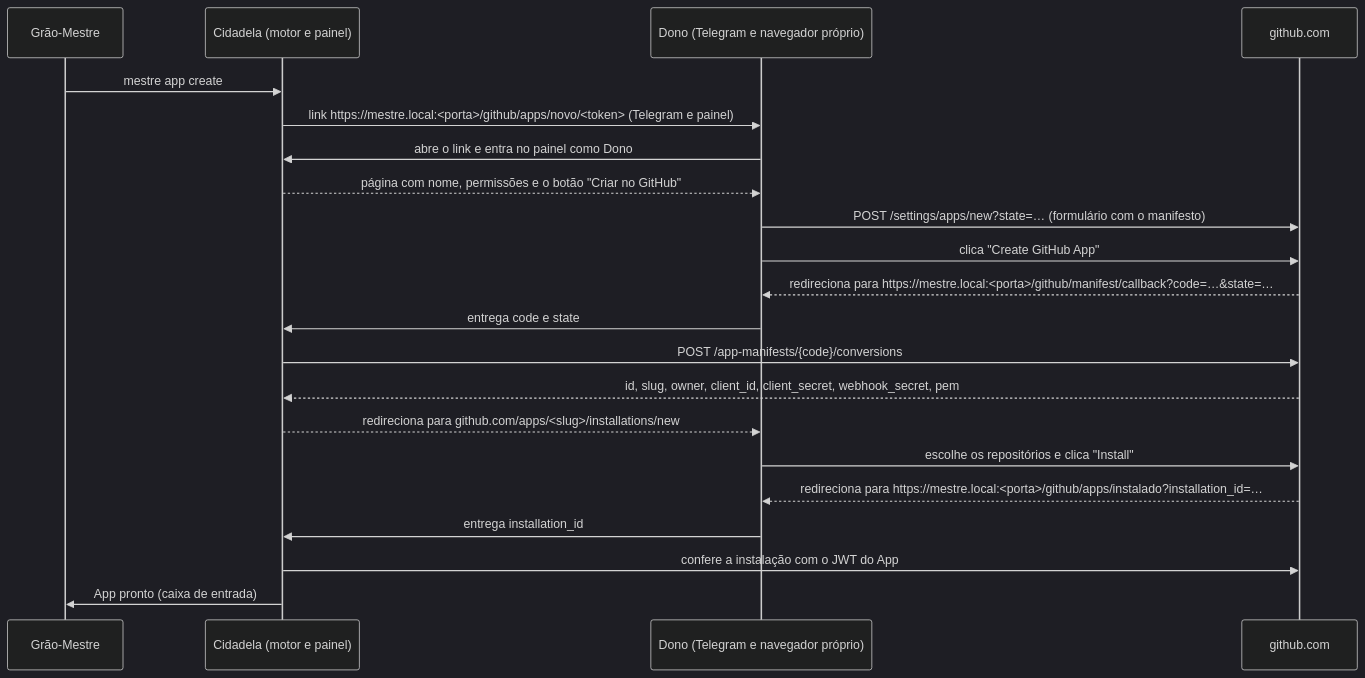
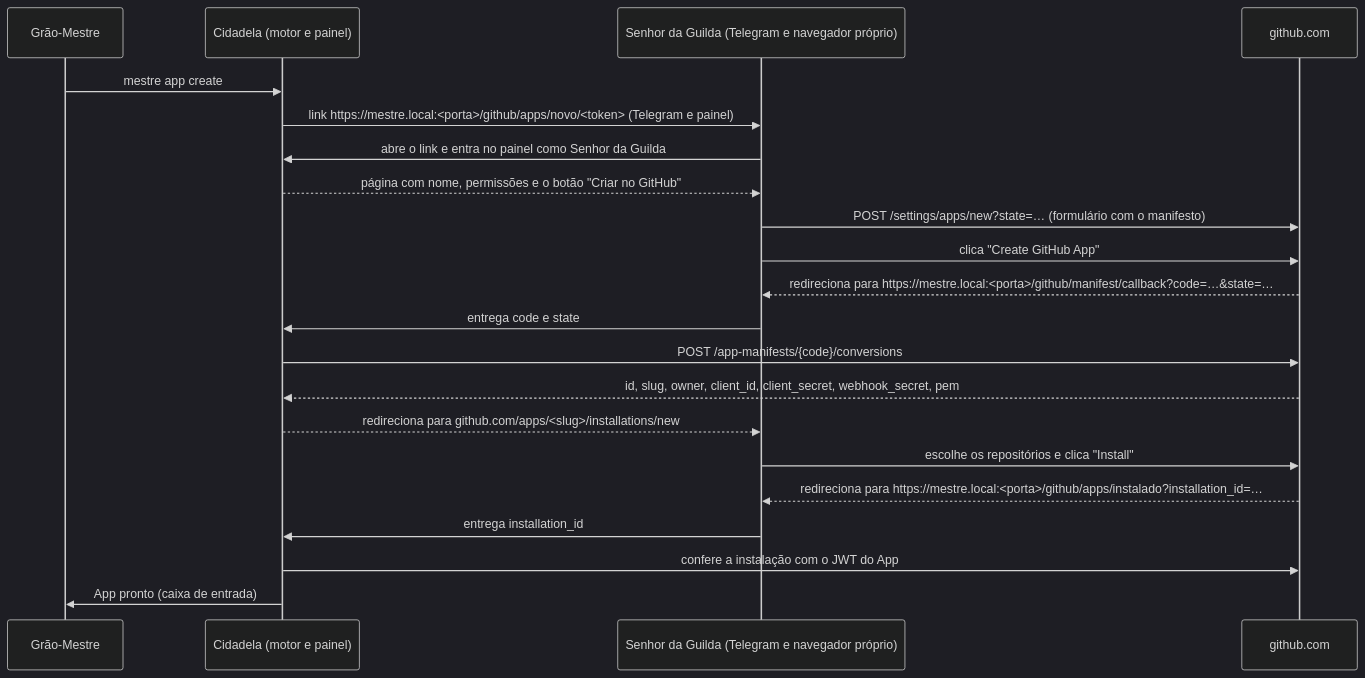
Before and after one commit to lucasndas/mestre: the second of 2 diagrams in docs/github/criacao-de-apps.md, drawn with Mermaid (dark theme). The commit also changed other lines of this file and 298 other files, not shown here.

First line of the commit message:
feat: Campanha, Senhor da Guilda and Companhia in the interface (M6 4A2) (#375)

````diff
--- a/docs/github/criacao-de-apps.md
+++ b/docs/github/criacao-de-apps.md
@@ -34,23 +34,23 @@
 ```mermaid
 sequenceDiagram
   participant GM as Grão-Mestre
   participant C as Cidadela (motor e painel)
-  participant D as Dono (Telegram e navegador próprio)
+  participant D as Senhor da Guilda (Telegram e navegador próprio)
   participant G as github.com
   GM->>C: mestre app create
   C->>D: link https://mestre.local:<porta>/github/apps/novo/<token> (Telegram e painel)
-  D->>C: abre o link e entra no painel como Dono
+  D->>C: abre o link e entra no painel como Senhor da Guilda
   C-->>D: página com nome, permissões e o botão "Criar no GitHub"
   D->>G: POST /settings/apps/new?state=… (formulário com o manifesto)
   D->>G: clica "Create GitHub App"
   G-->>D: redireciona para https://mestre.local:<porta>/github/manifest/callback?code=…&state=…
   D->>C: entrega code e state
   C->>G: POST /app-manifests/{code}/conversions
   G-->>C: id, slug, owner, client_id, client_secret, webhook_secret, pem
   C-->>D: redireciona para github.com/apps/<slug>/installations/new
   D->>G: escolhe os repositórios e clica "Install"
   G-->>D: redireciona para https://mestre.local:<porta>/github/apps/instalado?installation_id=…
   D->>C: entrega installation_id
   C->>G: confere a instalação com o JWT do App
   C->>GM: App pronto (caixa de entrada)
 ```
````
